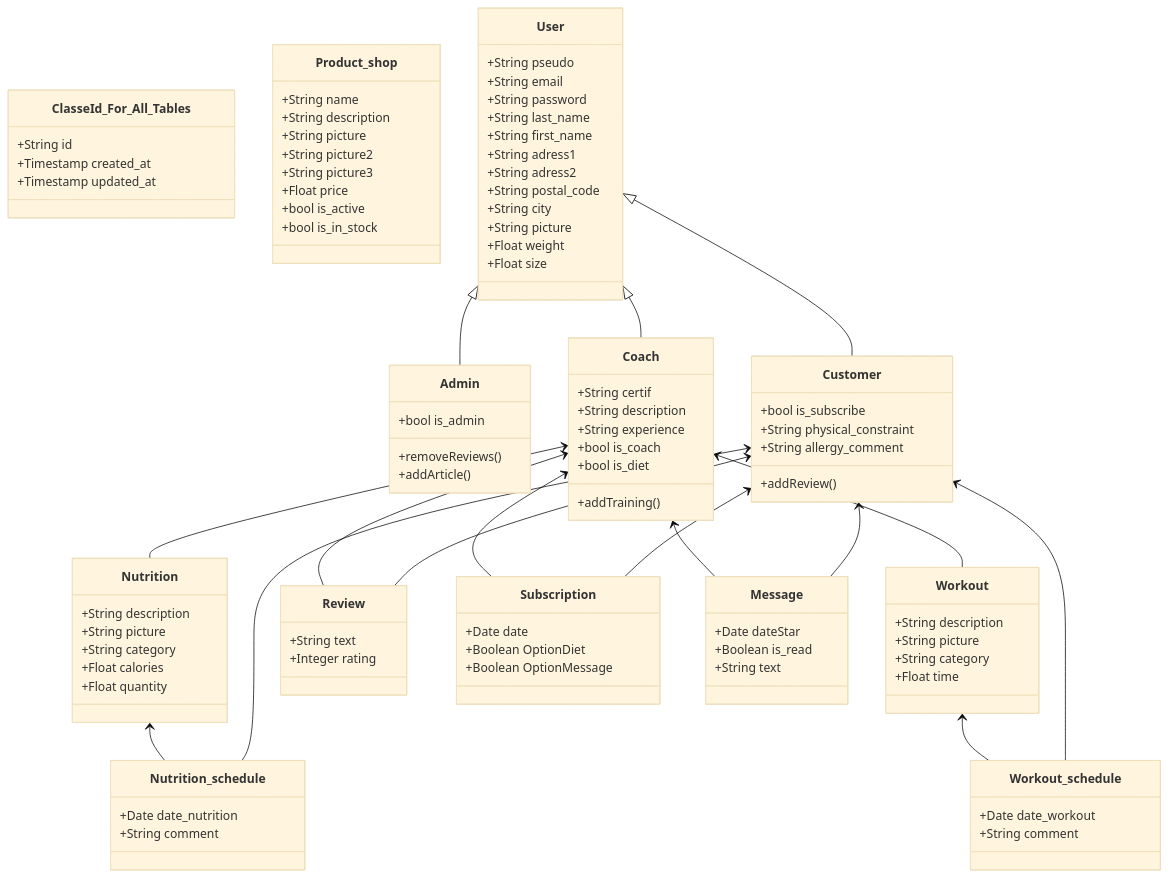
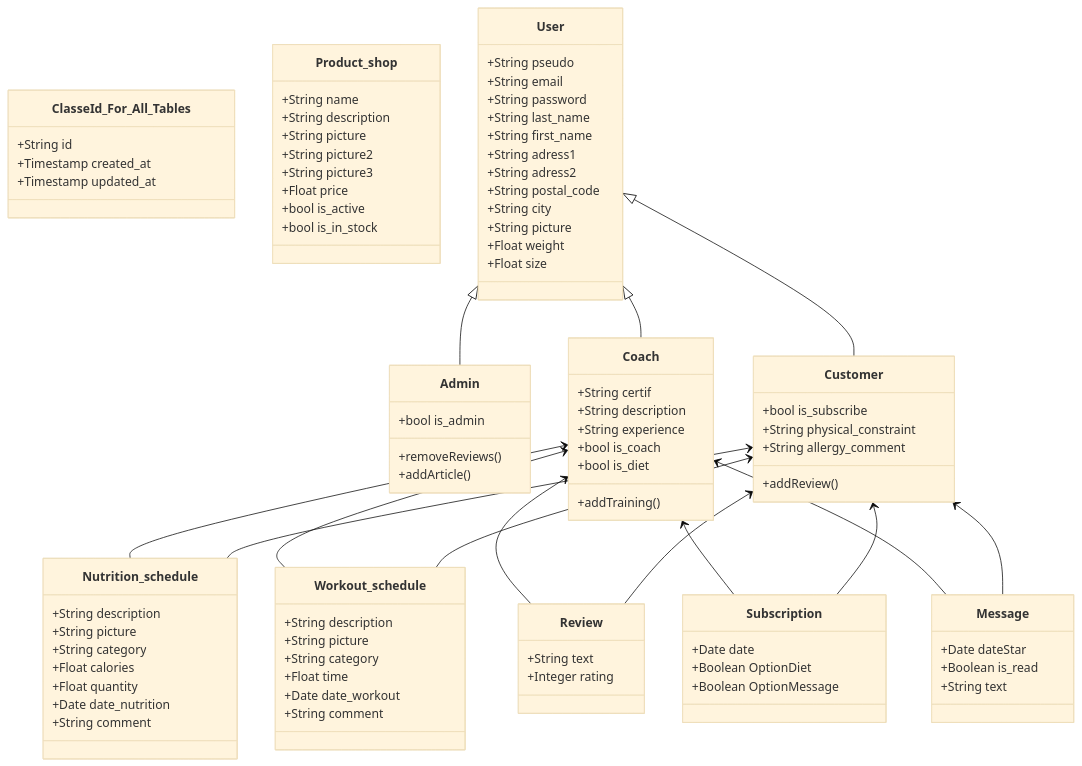
One commit to Genia888/FitnessHub changed the diagram in Documentation/(Stage 3) Technical Documentation.md. Above: the diagram before and after it, drawn with Mermaid (base theme).

Commit message:
remake the relation workout and nutrition

```diff
--- a/Documentation/(Stage 3) Technical Documentation.md
+++ b/Documentation/(Stage 3) Technical Documentation.md
@@ -121,27 +121,21 @@
       +Float size
     }
 
-    class Workout {
+    class Workout_schedule {
       +String description
       +String picture
       +String category<Arms,Legs,Back,...>
       +Float time
+      +Date date_workout
+      +String comment
     }
 
-    class Nutrition {
+    class Nutrition_schedule {
       +String description
       +String picture
       +String category<Protein,Carbs,Fats,...>
       +Float calories
       +Float quantity
-    }
-
-    class Workout_schedule {
-      +Date date_workout
-      +String comment
-    }
-
-    class Nutrition_schedule {
       +Date date_nutrition
       +String comment
     }
@@ -186,12 +180,10 @@
     }
 
     %% Relations
-	Nutrition <-- Nutrition_schedule
+	Coach <-- Nutrition_schedule
     Customer <-- Nutrition_schedule
-    Workout <-- Workout_schedule
+    Coach <-- Workout_schedule
     Customer <-- Workout_schedule
-    Coach <-- Workout
-    Coach <-- Nutrition
     User <|-- Customer
     User <|-- Coach
     User <|-- Admin
```
